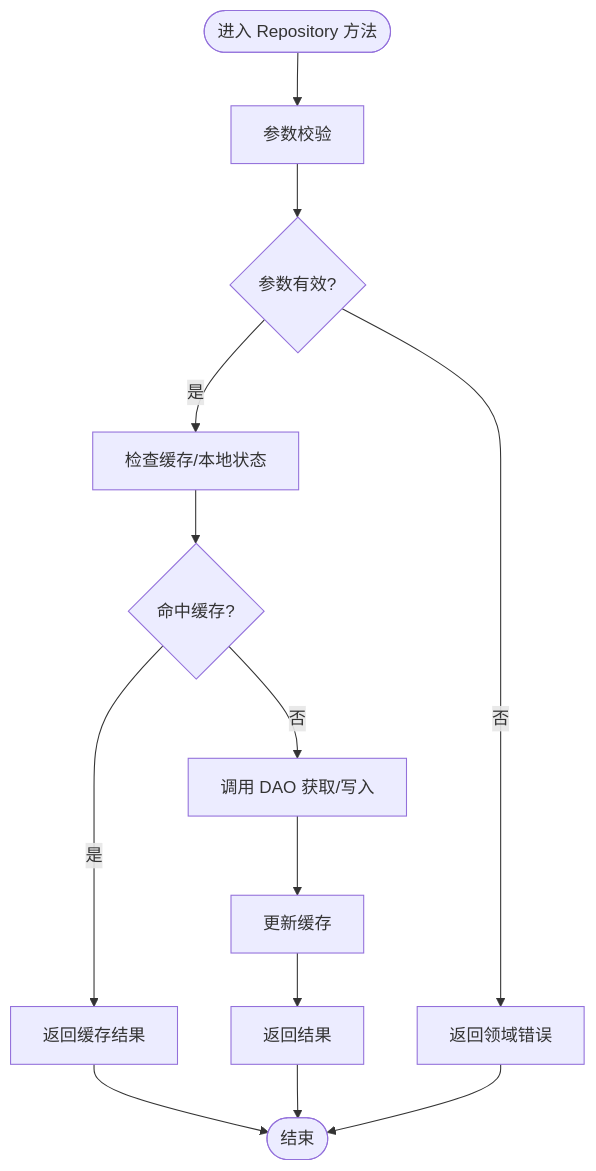
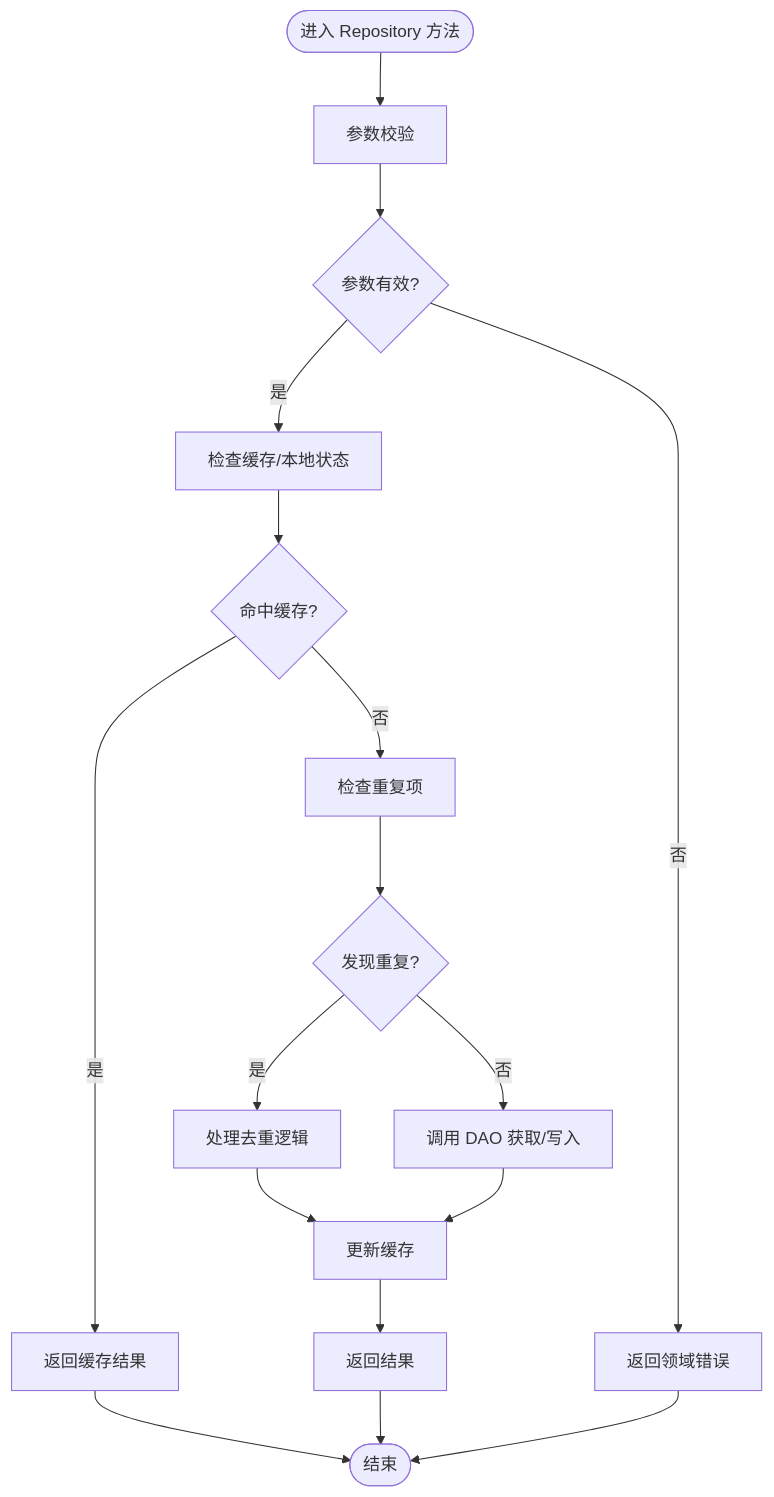
The fifth of 13 diagrams in .qoder/repowiki/zh/content/数据层/数据层.md (ysyhlly/Yukine-android), drawn with Mermaid before and after one commit. The commit also changed other lines of this file and 158 other files, not shown here.

````diff
--- a/.qoder/repowiki/zh/content/数据层/数据层.md
+++ b/.qoder/repowiki/zh/content/数据层/数据层.md
@@ -217,15 +272,19 @@
 ```mermaid
 flowchart TD
 Start(["进入 Repository 方法"]) --> Validate["参数校验"]
 Validate --> Valid{"参数有效?"}
 Valid --> |否| ReturnErr["返回领域错误"]
 Valid --> |是| CheckCache["检查缓存/本地状态"]
 CheckCache --> Hit{"命中缓存?"}
 Hit --> |是| ReturnCache["返回缓存结果"]
-Hit --> |否| CallDAO["调用 DAO 获取/写入"]
-CallDAO --> UpdateCache["更新缓存"]
+Hit --> |否| CheckDedup["检查重复项"]
+CheckDedup --> HasDup{"发现重复?"}
+HasDup --> |是| ProcessDedup["处理去重逻辑"]
+ProcessDedup --> UpdateCache["更新缓存"]
+HasDup --> |否| CallDAO["调用 DAO 获取/写入"]
+CallDAO --> UpdateCache
 UpdateCache --> ReturnResult["返回结果"]
 ReturnCache --> End(["结束"])
 ReturnResult --> End
 ReturnErr --> End
 ```
````
